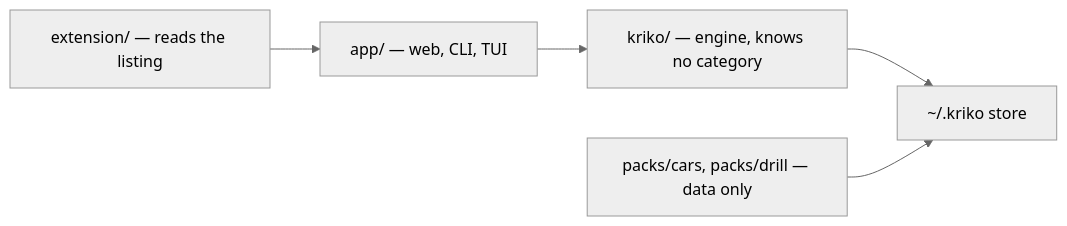
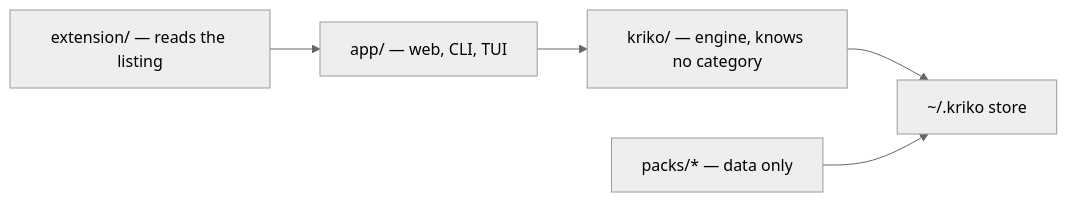
One commit to Berbadov/kriko changed the first of 2 diagrams in README.md. Above: the diagram before and after it, drawn with Mermaid (neutral theme). The commit also changed other lines of this file and 15 other files, not shown here.

````diff
--- a/README.md
+++ b/README.md
@@ -34,7 +44,7 @@
 ```mermaid
 flowchart LR
     E["extension/ — reads the listing"] --> A["app/ — web, CLI, TUI"]
     A --> K["kriko/ — engine, knows no category"]
     K --> S["~/.kriko store"]
-    P["packs/cars, packs/drill — data only"] --> S
+    P["packs/* — data only"] --> S
 ```
````
